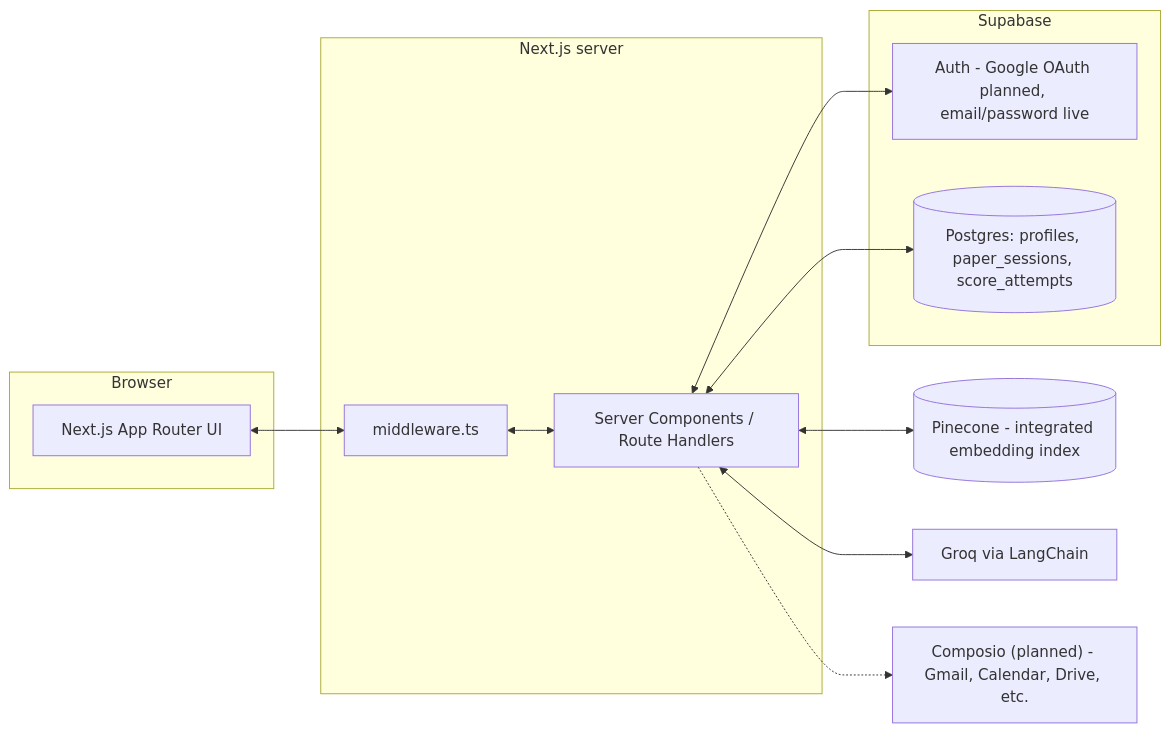
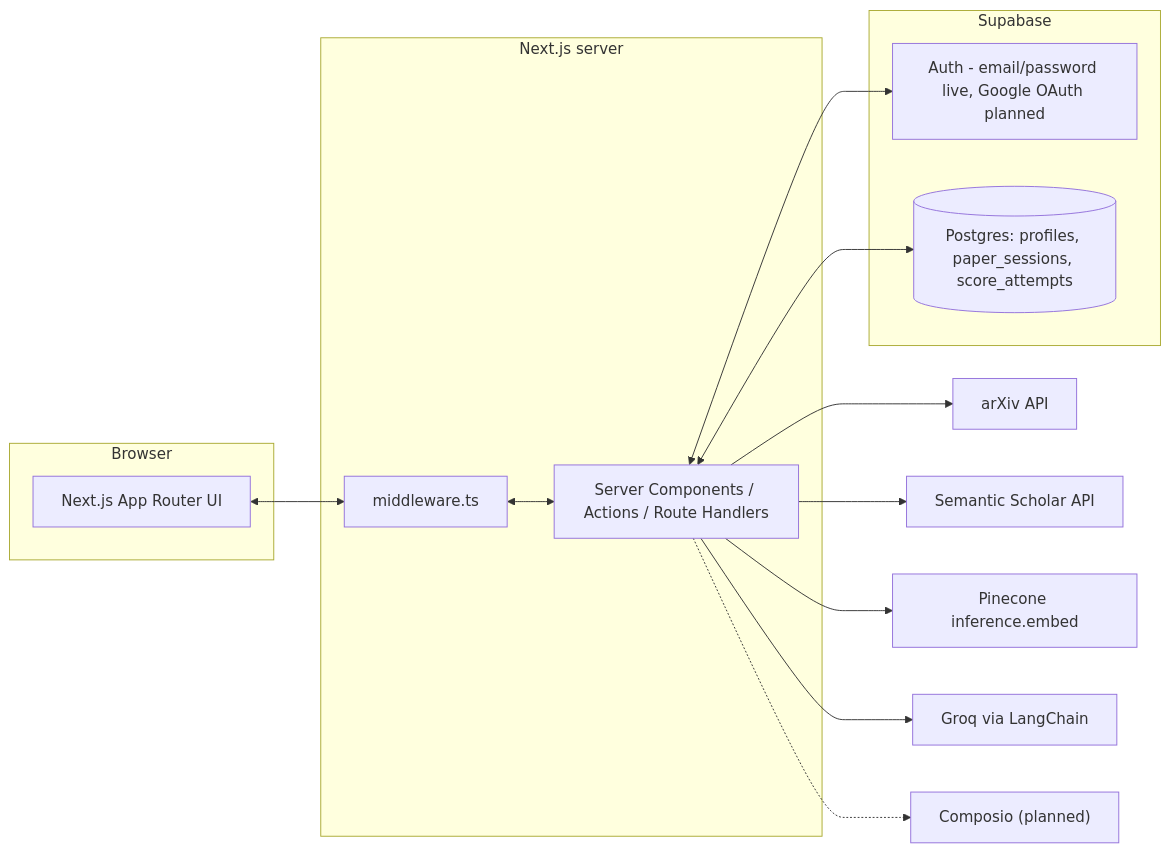
One commit to nabighasafdar/ScholarPath changed the first of 2 diagrams in ARCHITECTURE.md. Above: the diagram before and after it, drawn with Mermaid. The commit also changed other lines of this file and 48 other files, not shown here.

````diff
--- a/ARCHITECTURE.md
+++ b/ARCHITECTURE.md
@@ -7,28 +7,32 @@
 ```mermaid
 flowchart LR
     subgraph Browser
         UI[Next.js App Router UI]
     end
 
-    subgraph Vercel/Node["Next.js server"]
+    subgraph VercelNode["Next.js server"]
         MW[middleware.ts]
-        RSC[Server Components / Route Handlers]
+        RSC[Server Components / Actions / Route Handlers]
     end
 
     subgraph Supabase
-        Auth[Auth - Google OAuth planned, email/password live]
+        Auth[Auth - email/password live, Google OAuth planned]
         PG[(Postgres: profiles, paper_sessions, score_attempts)]
     end
 
-    Pinecone[(Pinecone - integrated embedding index)]
+    Arxiv[arXiv API]
+    S2[Semantic Scholar API]
+    PineconeEmbed[Pinecone inference.embed]
     Groq[Groq via LangChain]
-    Composio["Composio (planned) - Gmail, Calendar, Drive, etc."]
+    Composio["Composio (planned)"]
 
     UI <--> MW
     MW <--> RSC
     RSC <--> Auth
     RSC <--> PG
-    RSC <--> Pinecone
-    RSC <--> Groq
+    RSC --> Arxiv
+    RSC --> S2
+    RSC --> PineconeEmbed
+    RSC --> Groq
     RSC -.-> Composio
 ```
````
